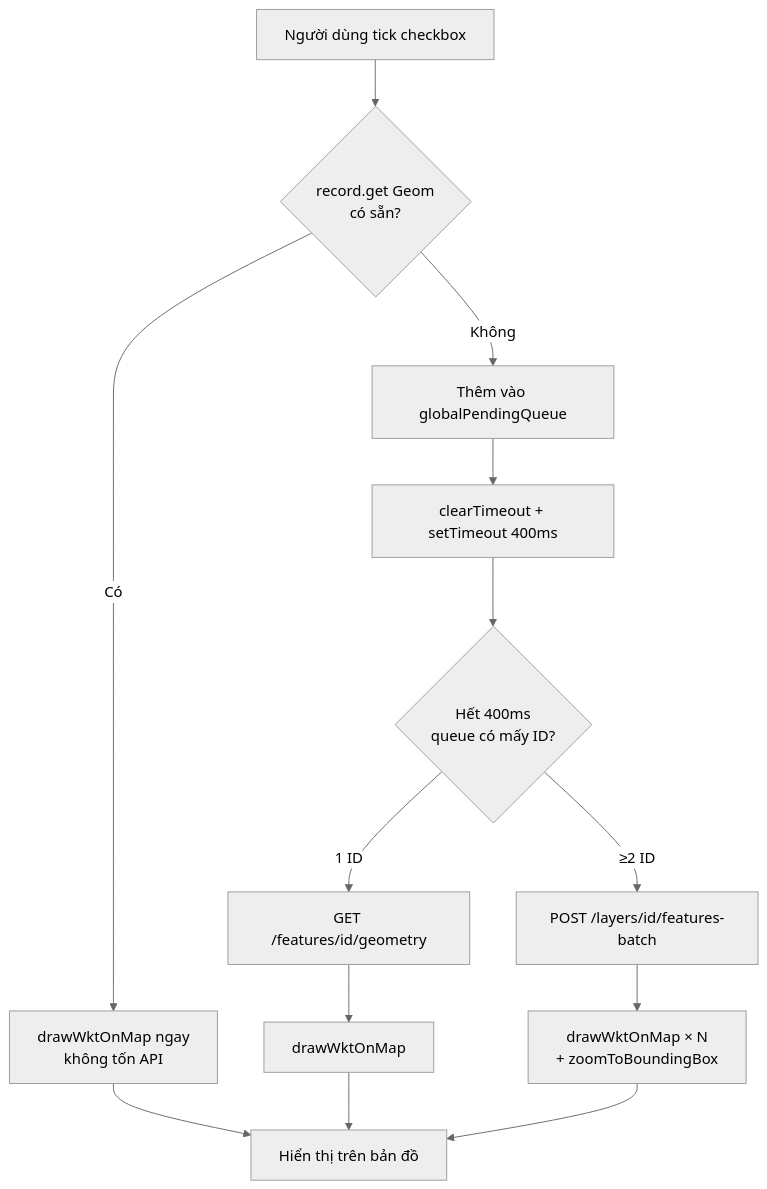
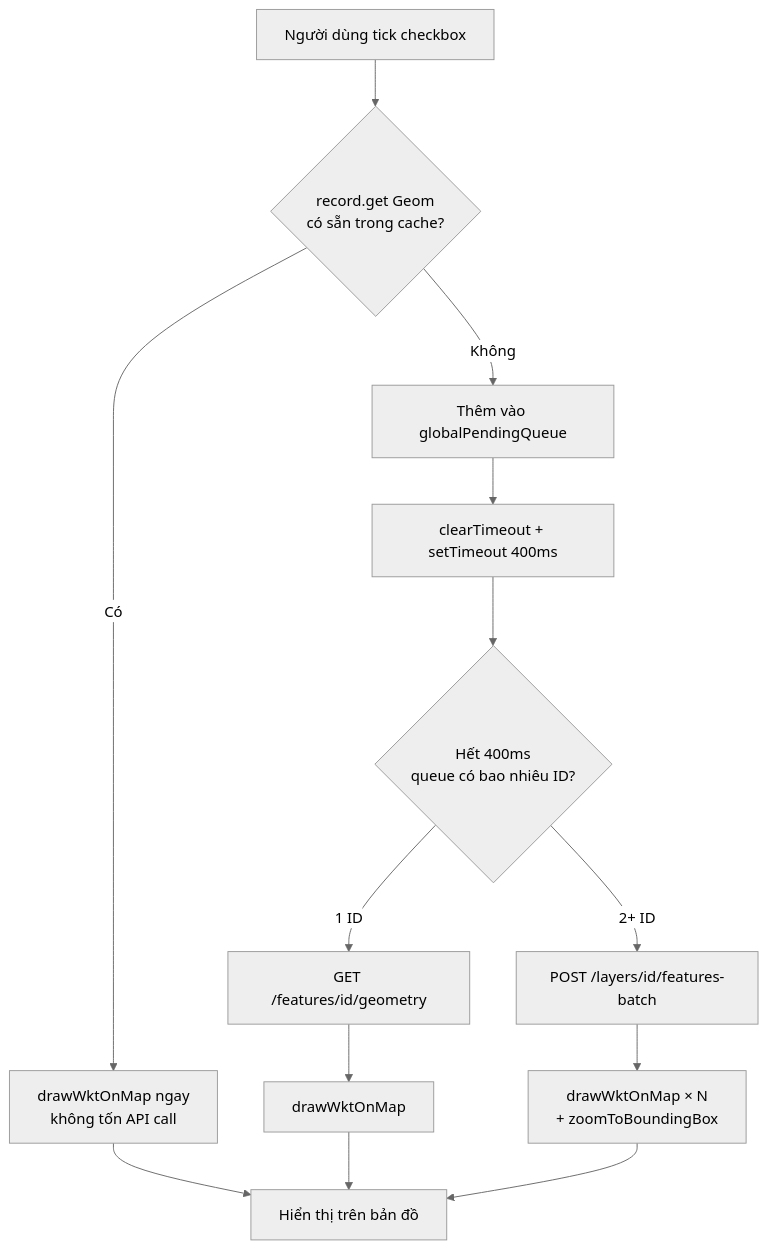
One commit to giangvanhung/gServer_0.0.1 changed the second of 6 diagrams in gServer_Introduction/docs/dataflow.md. Above: the diagram before and after it, drawn with Mermaid (neutral theme). The commit also changed other lines of this file and 91 other files, not shown here.

````diff
--- a/gServer_Introduction/docs/dataflow.md
+++ b/gServer_Introduction/docs/dataflow.md
@@ -29,15 +29,15 @@
 ```mermaid
 flowchart TD
-    A[Người dùng tick checkbox] --> B{record.get Geom\ncó sẵn?}
-    B -->|Có| C[drawWktOnMap ngay\nkhông tốn API]
+    A[Người dùng tick checkbox] --> B{record.get Geom\ncó sẵn trong cache?}
+    B -->|Có| C[drawWktOnMap ngay\nkhông tốn API call]
     B -->|Không| D[Thêm vào globalPendingQueue]
     D --> E[clearTimeout + setTimeout 400ms]
-    E --> F{Hết 400ms\nqueue có mấy ID?}
+    E --> F{Hết 400ms\nqueue có bao nhiêu ID?}
     F -->|1 ID| G[GET /features/id/geometry]
-    F -->|≥2 ID| H[POST /layers/id/features-batch]
+    F -->|2+ ID| H[POST /layers/id/features-batch]
     G --> I[drawWktOnMap]
     H --> J[drawWktOnMap × N\n+ zoomToBoundingBox]
     C --> K[Hiển thị trên bản đồ]
     I --> K
     J --> K
 ```
````
